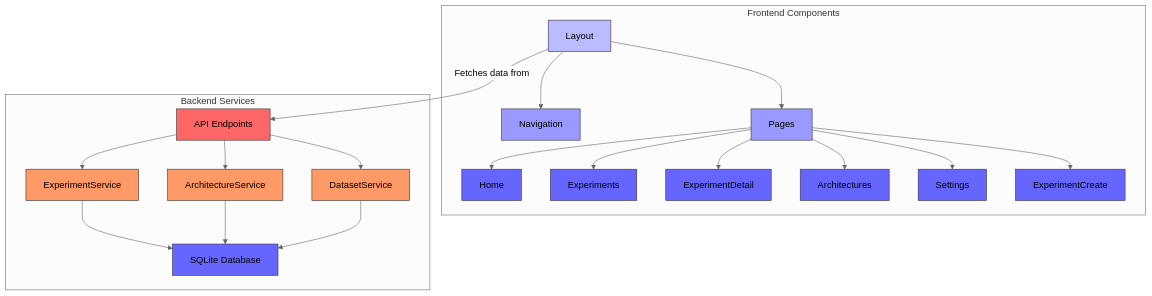
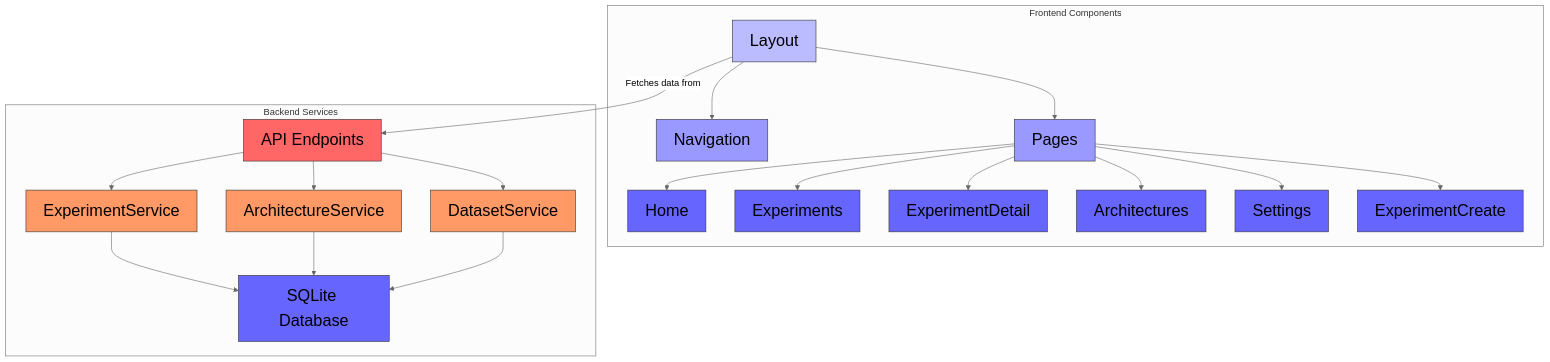
One commit to skye-cyber/ARCH-FL changed the diagram in dashboard/docs/diagrams/components.md. Above: the diagram before and after it, drawn with Mermaid (neutral theme). The commit also changed 3 other files, not shown here.

````diff
--- a/dashboard/docs/diagrams/components.md
+++ b/dashboard/docs/diagrams/components.md
@@ -4,39 +4,39 @@
 ```mermaid
 graph TD
     subgraph Frontend Components
         A[Layout] --> B[Navigation]
         A --> C[Pages]
         C --> D[Home]
         C --> E[Experiments]
         C --> F[ExperimentDetail]
         C --> G[Architectures]
         C --> H[Settings]
         C --> I[ExperimentCreate]
     end
 
     subgraph Backend Services
         J[API Endpoints] --> K[ExperimentService]
         J --> L[ArchitectureService]
         J --> M[DatasetService]
         K --> N[SQLite Database]
         L --> N
         M --> N
     end
 
     A -->|Fetches data from| J
 
-    style A fill:#bbf,stroke:#333
-    style B fill:#99f,stroke:#333
-    style C fill:#99f,stroke:#333
-    style D fill:#66f,stroke:#333
-    style E fill:#66f,stroke:#333
-    style F fill:#66f,stroke:#333
-    style G fill:#66f,stroke:#333
-    style H fill:#66f,stroke:#333
-    style I fill:#66f,stroke:#333
-    style J fill:#f66,stroke:#333
-    style K fill:#f96,stroke:#333
-    style L fill:#f96,stroke:#333
-    style M fill:#f96,stroke:#333
-    style N fill:#66f,stroke:#333
+    style A fill:#bbf,stroke:#333,font-size:28px;
+    style B fill:#99f,stroke:#333,font-size:28px;
+    style C fill:#99f,stroke:#333,font-size:28px;
+    style D fill:#66f,stroke:#333,font-size:28px;
+    style E fill:#66f,stroke:#333,font-size:28px;
+    style F fill:#66f,stroke:#333,font-size:28px;
+    style G fill:#66f,stroke:#333,font-size:28px;
+    style H fill:#66f,stroke:#333,font-size:28px;
+    style I fill:#66f,stroke:#333,font-size:28px;
+    style J fill:#f66,stroke:#333,font-size:28px;
+    style K fill:#f96,stroke:#333,font-size:28px;
+    style L fill:#f96,stroke:#333,font-size:28px;
+    style M fill:#f96,stroke:#333,font-size:28px;
+    style N fill:#66f,stroke:#333,font-size:28px;
 ```
````
